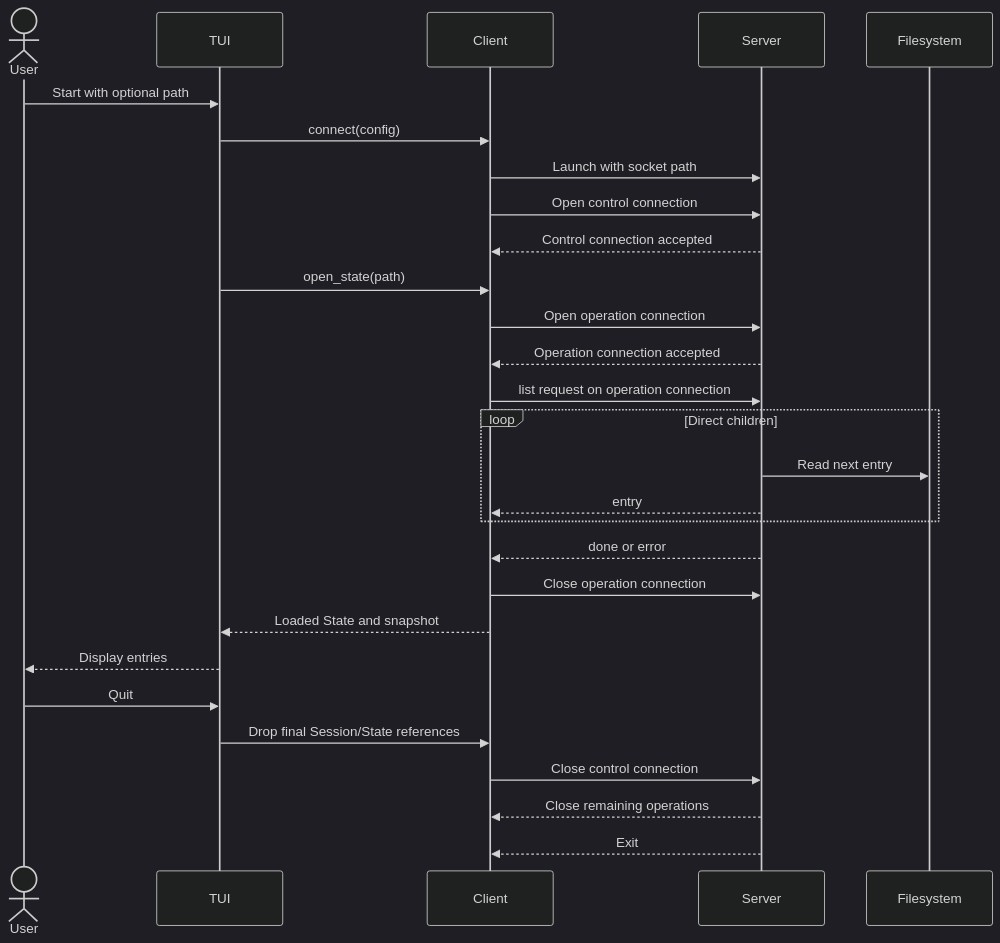
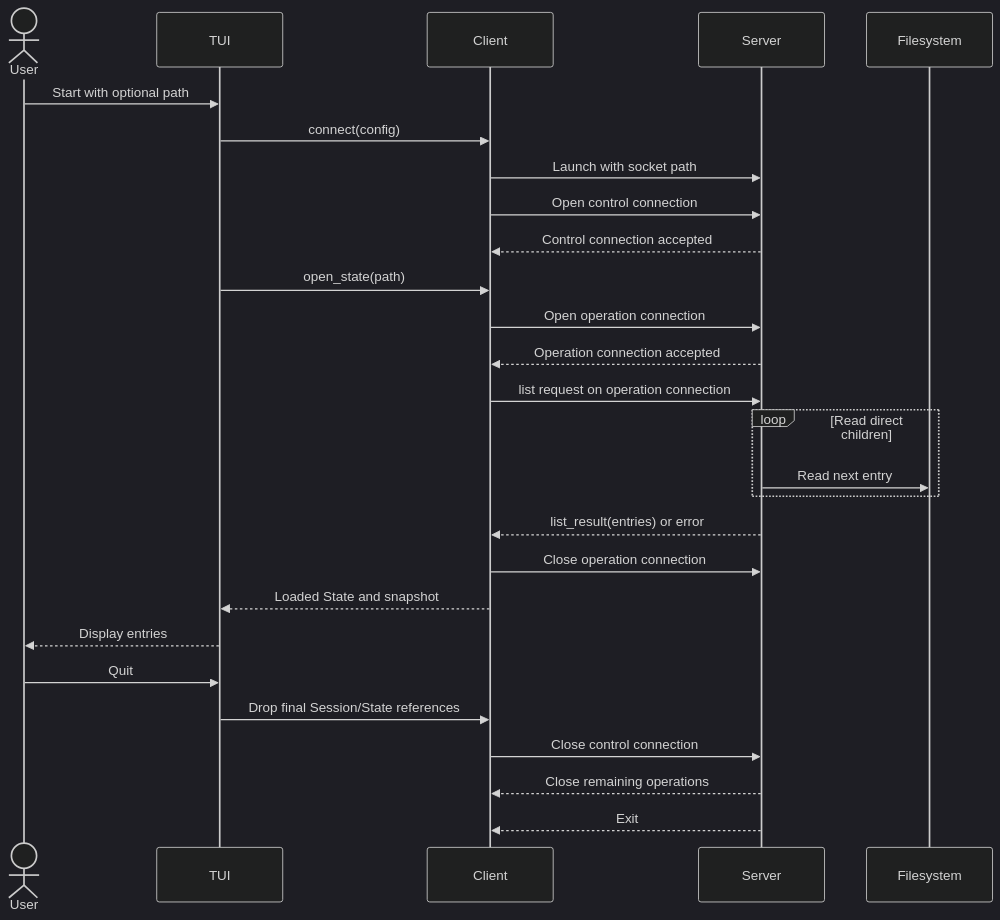
The second of 2 diagrams in docs/architecture.md (tanchihpin0517/file-peeker), drawn with Mermaid (dark theme) before and after one commit. The commit also changed other lines of this file and 7 other files, not shown here.

````diff
--- a/docs/architecture.md
+++ b/docs/architecture.md
@@ -387,31 +382,30 @@
 ```mermaid
 sequenceDiagram
     actor User
     participant TUI
     participant Client
     participant Server
     participant FS as Filesystem
 
     User->>TUI: Start with optional path
     TUI->>Client: connect(config)
     Client->>Server: Launch with socket path
     Client->>Server: Open control connection
     Server-->>Client: Control connection accepted
     TUI->>Client: open_state(path)
     Client->>Server: Open operation connection
     Server-->>Client: Operation connection accepted
     Client->>Server: list request on operation connection
-    loop Direct children
+    loop Read direct children
         Server->>FS: Read next entry
-        Server-->>Client: entry
     end
-    Server-->>Client: done or error
+    Server-->>Client: list_result(entries) or error
     Client->>Server: Close operation connection
     Client-->>TUI: Loaded State and snapshot
     TUI-->>User: Display entries
     User->>TUI: Quit
     TUI->>Client: Drop final Session/State references
     Client->>Server: Close control connection
     Server-->>Client: Close remaining operations
     Server-->>Client: Exit
 ```
````
